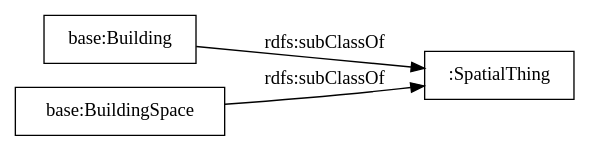
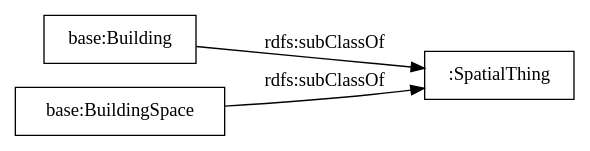
Before and after one commit to mariapoveda/saref-ext: the diagram in OnToology/SAREF4BLD/examples/example1BLDG.ttl/diagrams/ar2dtool-taxonomy/example1BLDG.ttl.png.dot, drawn with Graphviz. The commit also changed other lines of this file and 76 other files, not shown here.

```diff
--- a/OnToology/SAREF4BLD/examples/example1BLDG.ttl/diagrams/ar2dtool-taxonomy/example1BLDG.ttl.png.dot
+++ b/OnToology/SAREF4BLD/examples/example1BLDG.ttl/diagrams/ar2dtool-taxonomy/example1BLDG.ttl.png.dot
@@ -1,8 +1,8 @@
 digraph ar2dtool_diagram { 
 rankdir=LR;
 size="1000"
 node [shape = rectangle, color="black"]; "base:Building" ":SpatialThing" "base:BuildingSpace" ; /*classes style*/
+	"base:Building" -> ":SpatialThing" [ label = "rdfs:subClassOf" ];
 	"base:BuildingSpace" -> ":SpatialThing" [ label = "rdfs:subClassOf" ];
-	"base:Building" -> ":SpatialThing" [ label = "rdfs:subClassOf" ];
 
 }
```
